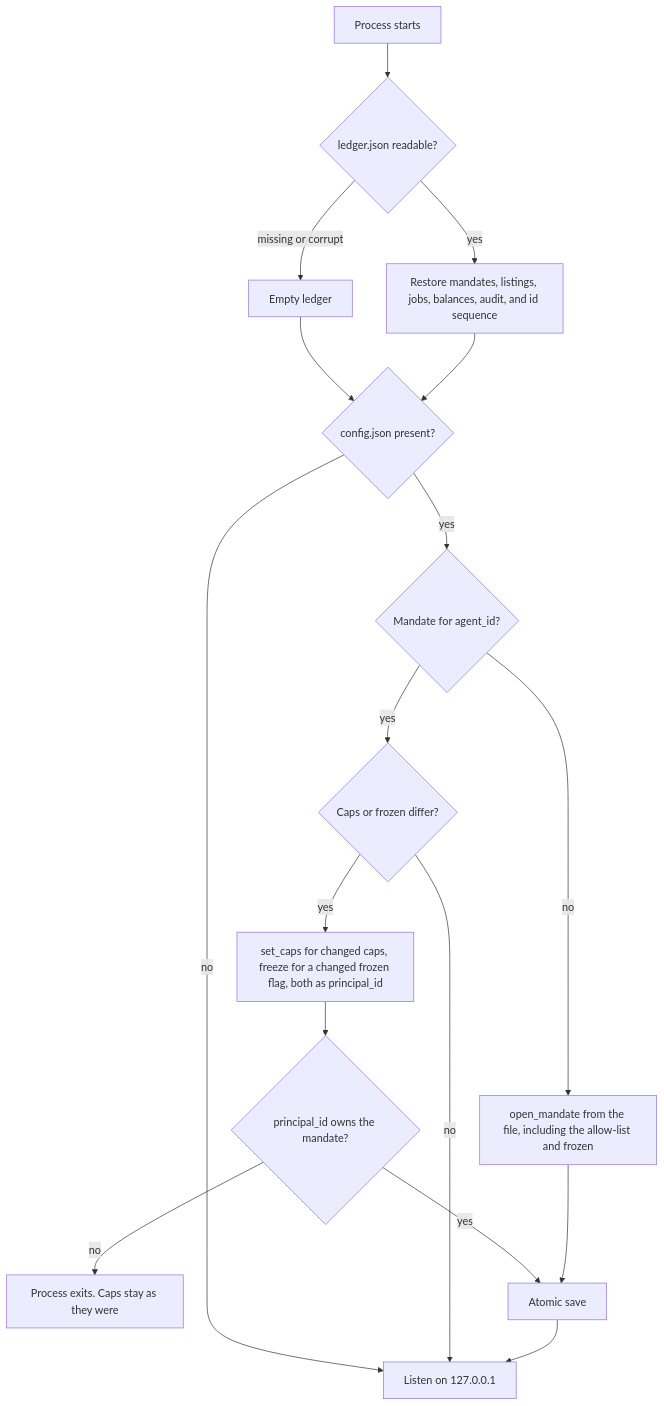
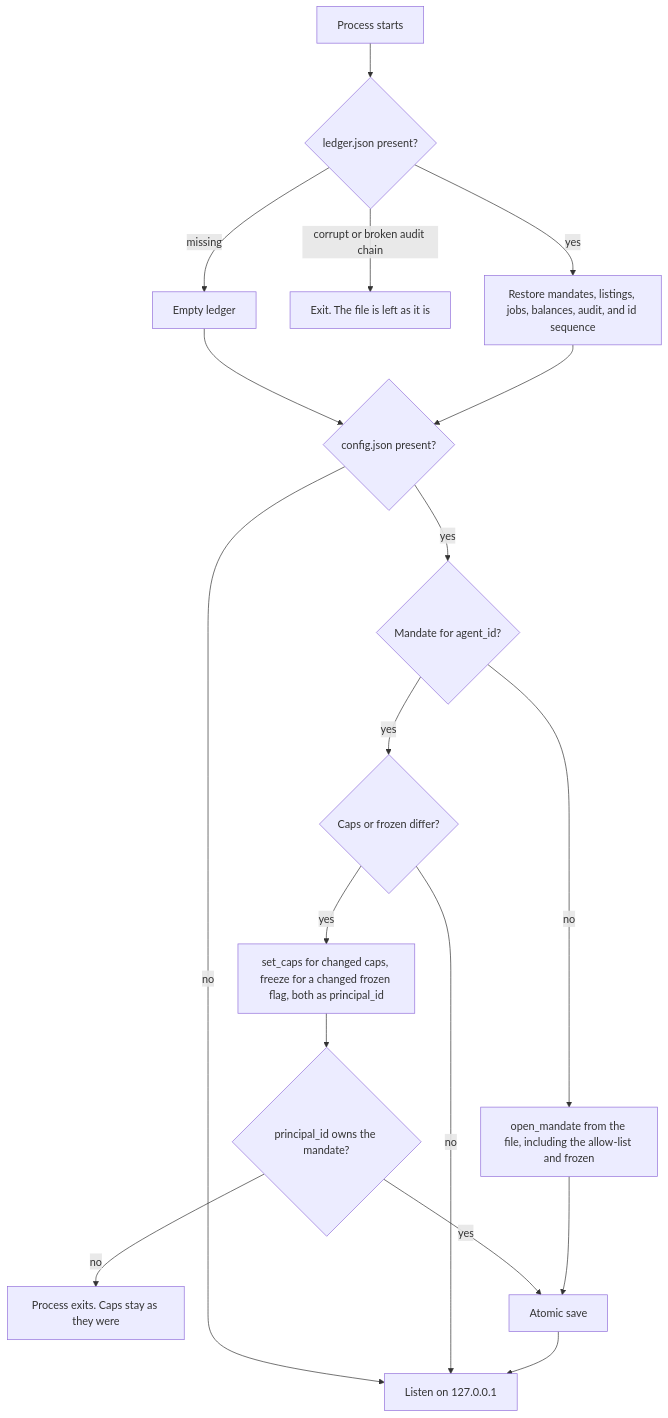
One commit to pileofflapjacks1/agent-ledger changed the second of 4 diagrams in README.md. Above: the diagram before and after it, drawn with Mermaid. The commit also changed other lines of this file and 15 other files, not shown here.

````diff
--- a/README.md
+++ b/README.md
@@ -46,19 +48,20 @@
 ```mermaid
 flowchart TD
-  start["Process starts"] --> load{"ledger.json readable?"}
-  load -->|"missing or corrupt"| empty["Empty ledger"]
+  start["Process starts"] --> load{"ledger.json present?"}
+  load -->|"missing"| empty["Empty ledger"]
+  load -->|"corrupt or broken audit chain"| stopfile["Exit. The file is left as it is"]
   load -->|"yes"| restore["Restore mandates, listings, jobs, balances, audit, and id sequence"]
   empty --> hascfg{"config.json present?"}
   restore --> hascfg
   hascfg -->|"no"| listen["Listen on 127.0.0.1"]
   hascfg -->|"yes"| known{"Mandate for agent_id?"}
   known -->|"no"| open["open_mandate from the file, including the allow-list and frozen"]
   known -->|"yes"| diff{"Caps or frozen differ?"}
   diff -->|"no"| listen
   diff -->|"yes"| push["set_caps for changed caps, freeze for a changed frozen flag, both as principal_id"]
   push --> owned{"principal_id owns the mandate?"}
   owned -->|"no"| stop["Process exits. Caps stay as they were"]
   owned -->|"yes"| save["Atomic save"]
   open --> save
   save --> listen
 ```
````
